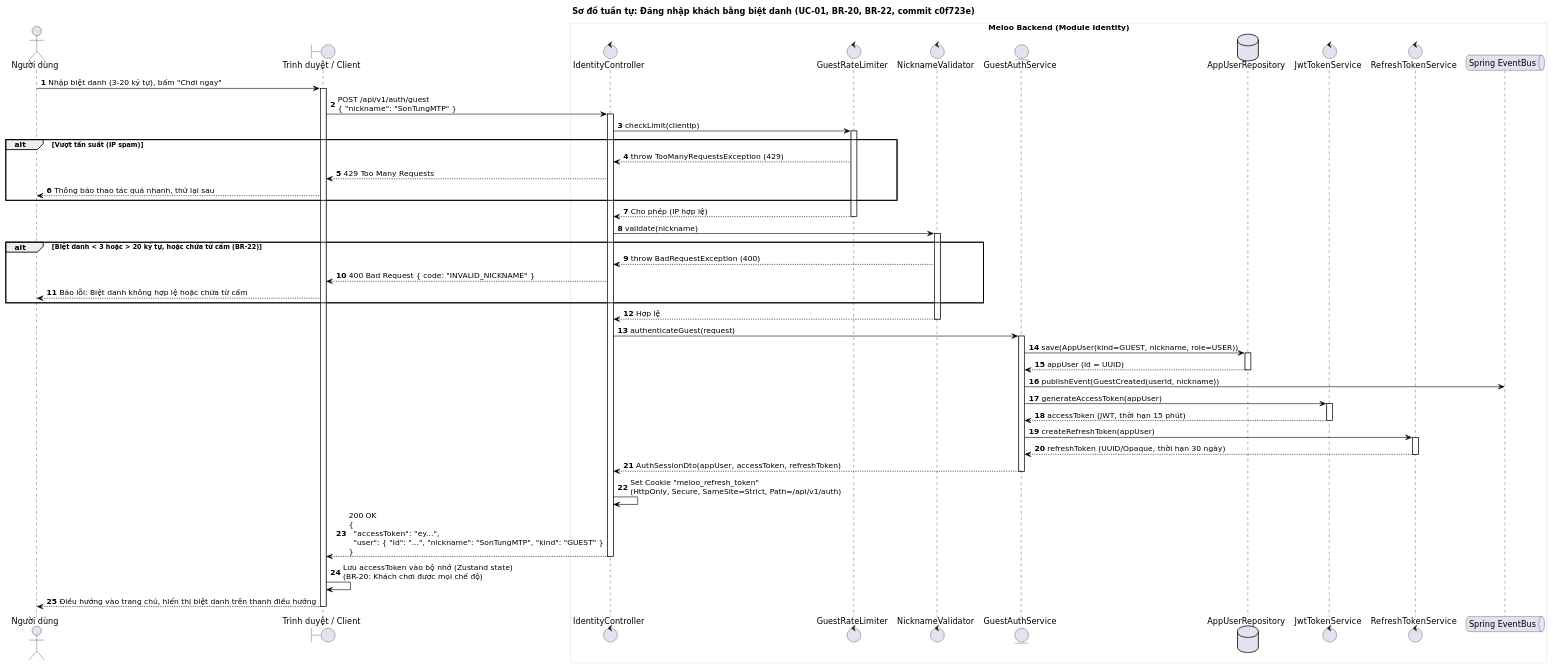
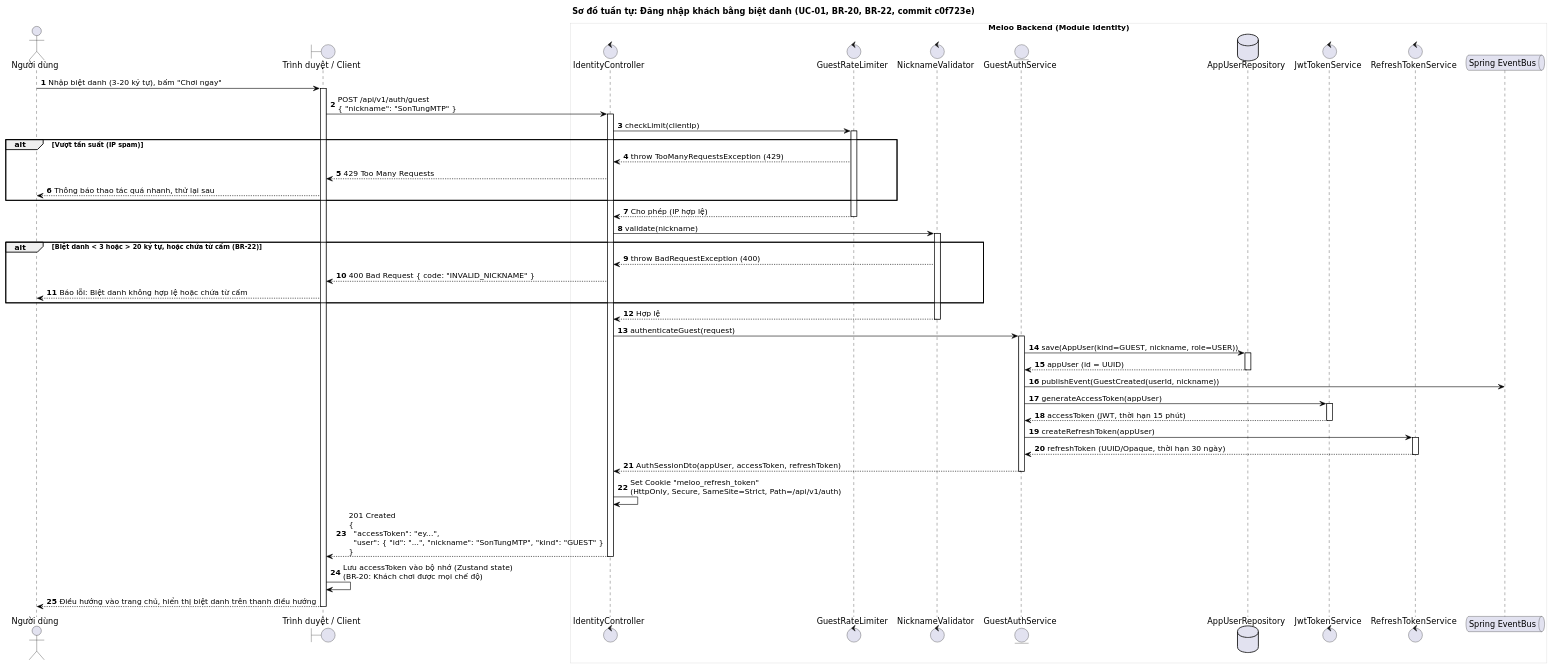
The diagram in docs/uml/sequence/seq-dang-nhap-khach.puml (ThaiDevv/meloo), drawn with PlantUML before and after one commit. The commit also changed 8 other files, not shown here.

Commit message:
docs(uml): sửa theo review round 1 của Codex cho sơ đồ lớp và tuần tự

```diff
--- a/docs/uml/sequence/seq-dang-nhap-khach.puml
+++ b/docs/uml/sequence/seq-dang-nhap-khach.puml
@@ -1,90 +1,90 @@
 @startuml seq-dang-nhap-khach
 title Sơ đồ tuần tự: Đăng nhập khách bằng biệt danh (UC-01, BR-20, BR-22, commit c0f723e)
 autonumber
 skinparam shadowing false
 skinparam defaultFontName DejaVu Sans
 skinparam responseMessageBelowArrow true
 skinparam sequence {
   ArrowColor black
   ActorBorderColor black
   LifeLineBorderColor black
   LifeLineBackgroundColor white
   ParticipantBorderColor black
   ParticipantBackgroundColor white
   BoxBackgroundColor #F8F9FA
   BoxBorderColor #CCCCCC
 }
 
 actor "Người dùng" as User
 boundary "Trình duyệt / Client" as FE
 
 box "Meloo Backend (Module Identity)" #FFFFFF
   control "IdentityController" as Ctrl
   control "GuestRateLimiter" as Limiter
   control "NicknameValidator" as Validator
   entity "GuestAuthService" as Svc
   database "AppUserRepository" as Repo
   control "JwtTokenService" as Jwt
   control "RefreshTokenService" as RT
   queue "Spring EventBus" as Events
 end box
 
 User -> FE : Nhập biệt danh (3–20 ký tự), bấm "Chơi ngay"
 activate FE
 
 FE -> Ctrl : POST /api/v1/auth/guest\n{ "nickname": "SonTungMTP" }
 activate Ctrl
 
 Ctrl -> Limiter : checkLimit(clientIp)
 activate Limiter
 alt Vượt tần suất (IP spam)
   Limiter --> Ctrl : throw TooManyRequestsException (429)
   Ctrl --> FE : 429 Too Many Requests
   FE --> User : Thông báo thao tác quá nhanh, thử lại sau
 end
 Limiter --> Ctrl : Cho phép (IP hợp lệ)
 deactivate Limiter
 
 Ctrl -> Validator : validate(nickname)
 activate Validator
 alt Biệt danh < 3 hoặc > 20 ký tự, hoặc chứa từ cấm (BR-22)
   Validator --> Ctrl : throw BadRequestException (400)
   Ctrl --> FE : 400 Bad Request { code: "INVALID_NICKNAME" }
   FE --> User : Báo lỗi: Biệt danh không hợp lệ hoặc chứa từ cấm
 end
 Validator --> Ctrl : Hợp lệ
 deactivate Validator
 
 Ctrl -> Svc : authenticateGuest(request)
 activate Svc
 
 Svc -> Repo : save(AppUser(kind=GUEST, nickname, role=USER))
 activate Repo
 Repo --> Svc : appUser (id = UUID)
 deactivate Repo
 
 Svc -> Events : publishEvent(GuestCreated(userId, nickname))
 
 Svc -> Jwt : generateAccessToken(appUser)
 activate Jwt
 Jwt --> Svc : accessToken (JWT, thời hạn 15 phút)
 deactivate Jwt
 
 Svc -> RT : createRefreshToken(appUser)
 activate RT
 RT --> Svc : refreshToken (UUID/Opaque, thời hạn 30 ngày)
 deactivate RT
 
 Svc --> Ctrl : AuthSessionDto(appUser, accessToken, refreshToken)
 deactivate Svc
 
 Ctrl -> Ctrl : Set Cookie "meloo_refresh_token"\n(HttpOnly, Secure, SameSite=Strict, Path=/api/v1/auth)
 
-Ctrl --> FE : 200 OK\n{\n  "accessToken": "ey...",\n  "user": { "id": "...", "nickname": "SonTungMTP", "kind": "GUEST" }\n}
+Ctrl --> FE : 201 Created\n{\n  "accessToken": "ey...",\n  "user": { "id": "...", "nickname": "SonTungMTP", "kind": "GUEST" }\n}
 deactivate Ctrl
 
 FE -> FE : Lưu accessToken vào bộ nhớ (Zustand state)\n(BR-20: Khách chơi được mọi chế độ)
 FE --> User : Điều hướng vào trang chủ, hiển thị biệt danh trên thanh điều hướng
 deactivate FE
 
 @enduml
```
